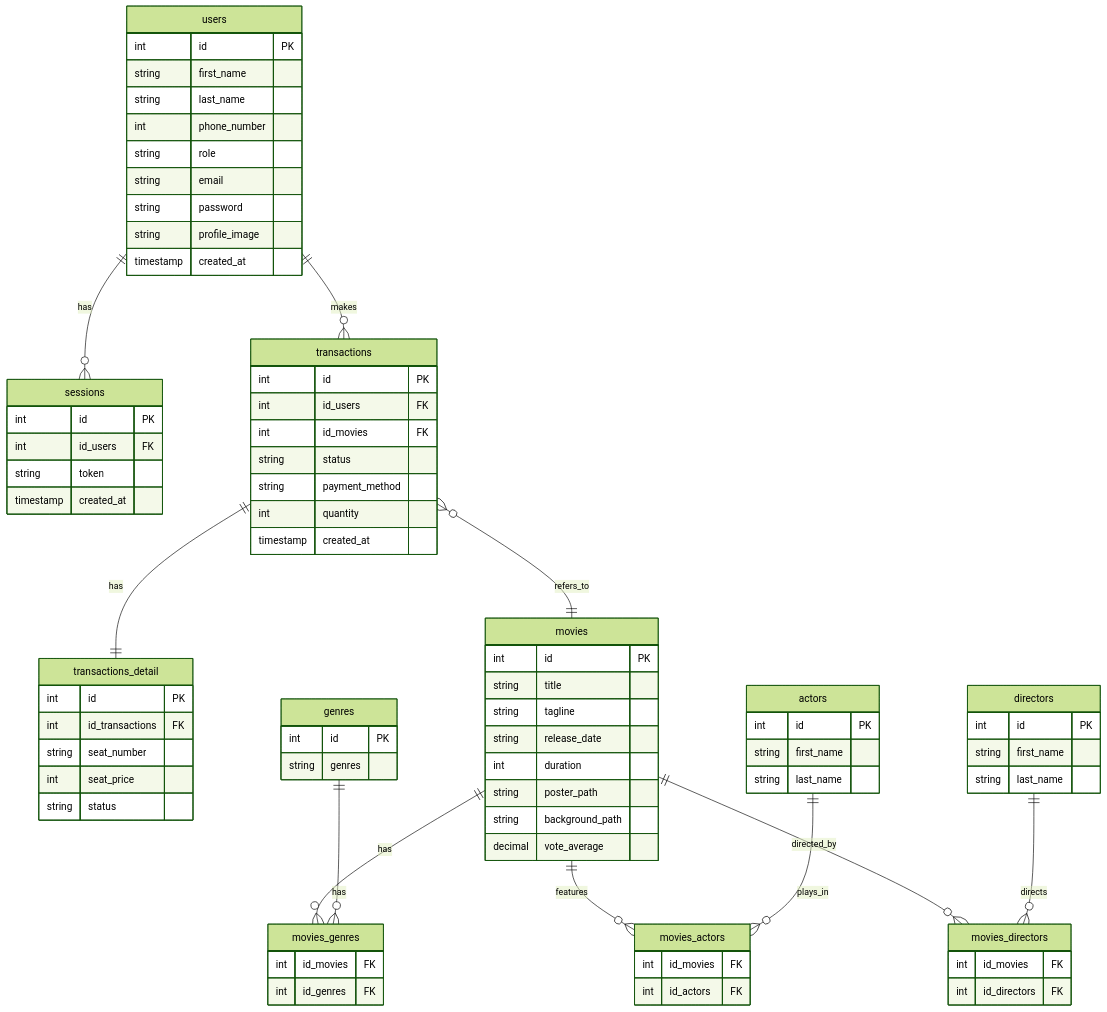
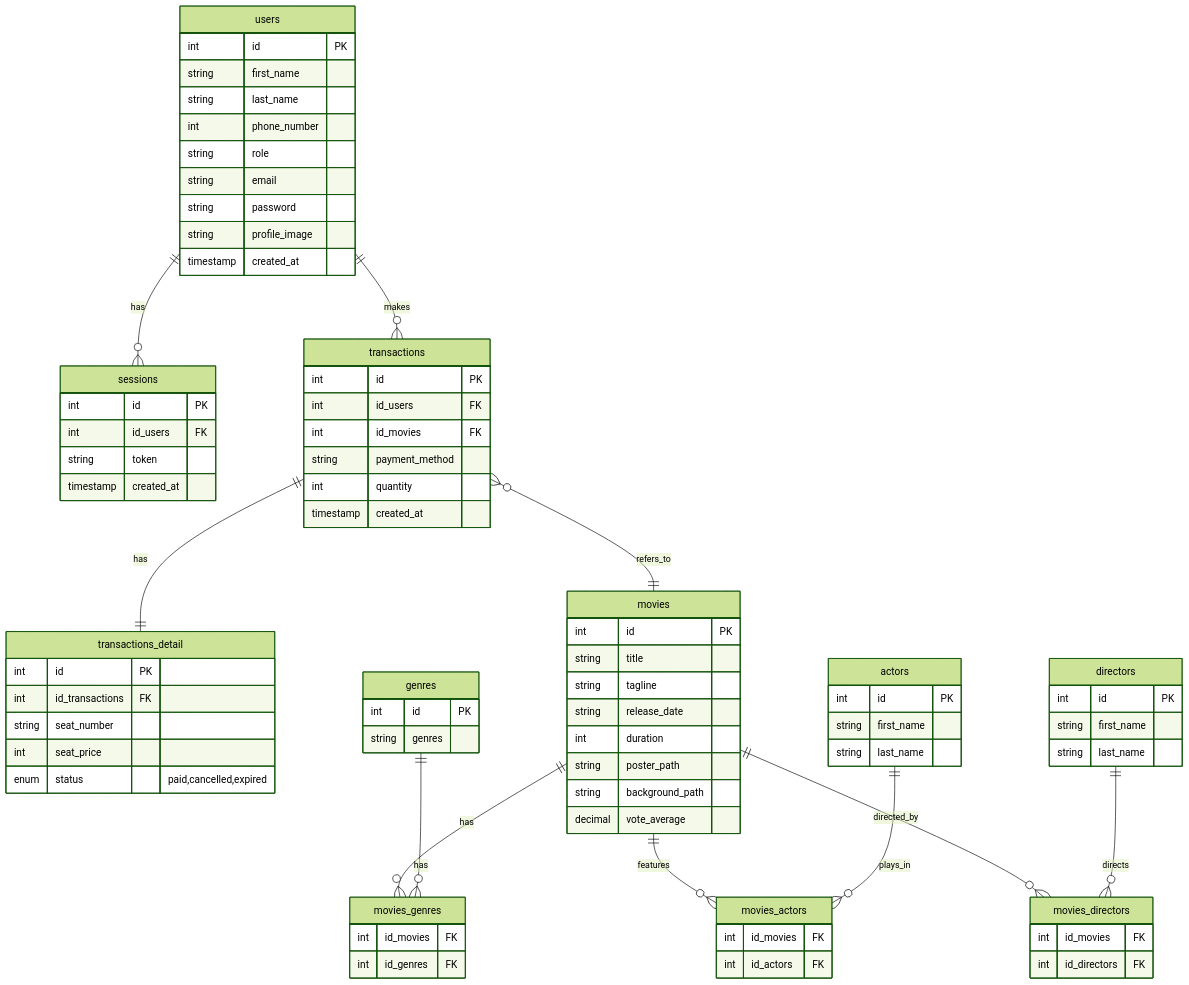
One commit to Dwaysetya/fgo24-db-weeklytask changed the diagram in README.md. Above: the diagram before and after it, drawn with Mermaid (forest theme). The commit also changed 2 other files, not shown here.

Commit message:
feat: update code

```diff
--- a/README.md
+++ b/README.md
@@ -87,7 +87,6 @@
     int         id              PK
     int         id_users        FK
     int         id_movies       FK
-    string      status
     string      payment_method
     int         quantity
     timestamp   created_at
@@ -98,7 +97,7 @@
     int     id_transactions     FK
     string  seat_number
     int     seat_price
-    string  status
+    enum  status        "paid,cancelled,expired"
 }
 
 
```
